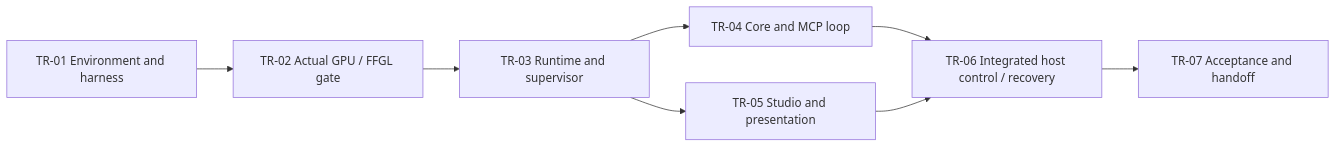
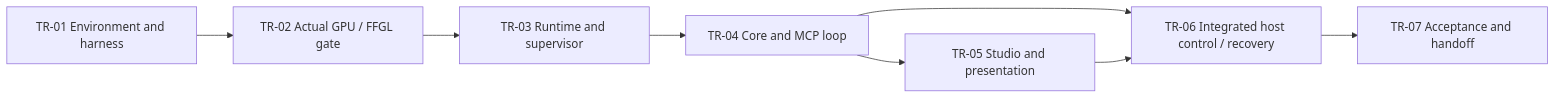
Before and after one commit to ZackMFleischman/lux: the diagram in docs/implementation/tracer-0.1.md, drawn with Mermaid. The commit also changed other lines of this file and 15 other files, not shown here.

````diff
--- a/docs/implementation/tracer-0.1.md
+++ b/docs/implementation/tracer-0.1.md
@@ -48,10 +48,10 @@
 ```mermaid
 flowchart LR
     T1[TR-01 Environment and harness] --> T2[TR-02 Actual GPU / FFGL gate]
     T2 --> T3[TR-03 Runtime and supervisor]
     T3 --> T4[TR-04 Core and MCP loop]
-    T3 --> T5[TR-05 Studio and presentation]
+    T4 --> T5[TR-05 Studio and presentation]
     T4 --> T6[TR-06 Integrated host control / recovery]
     T5 --> T6
     T6 --> T7[TR-07 Acceptance and handoff]
 ```
````
